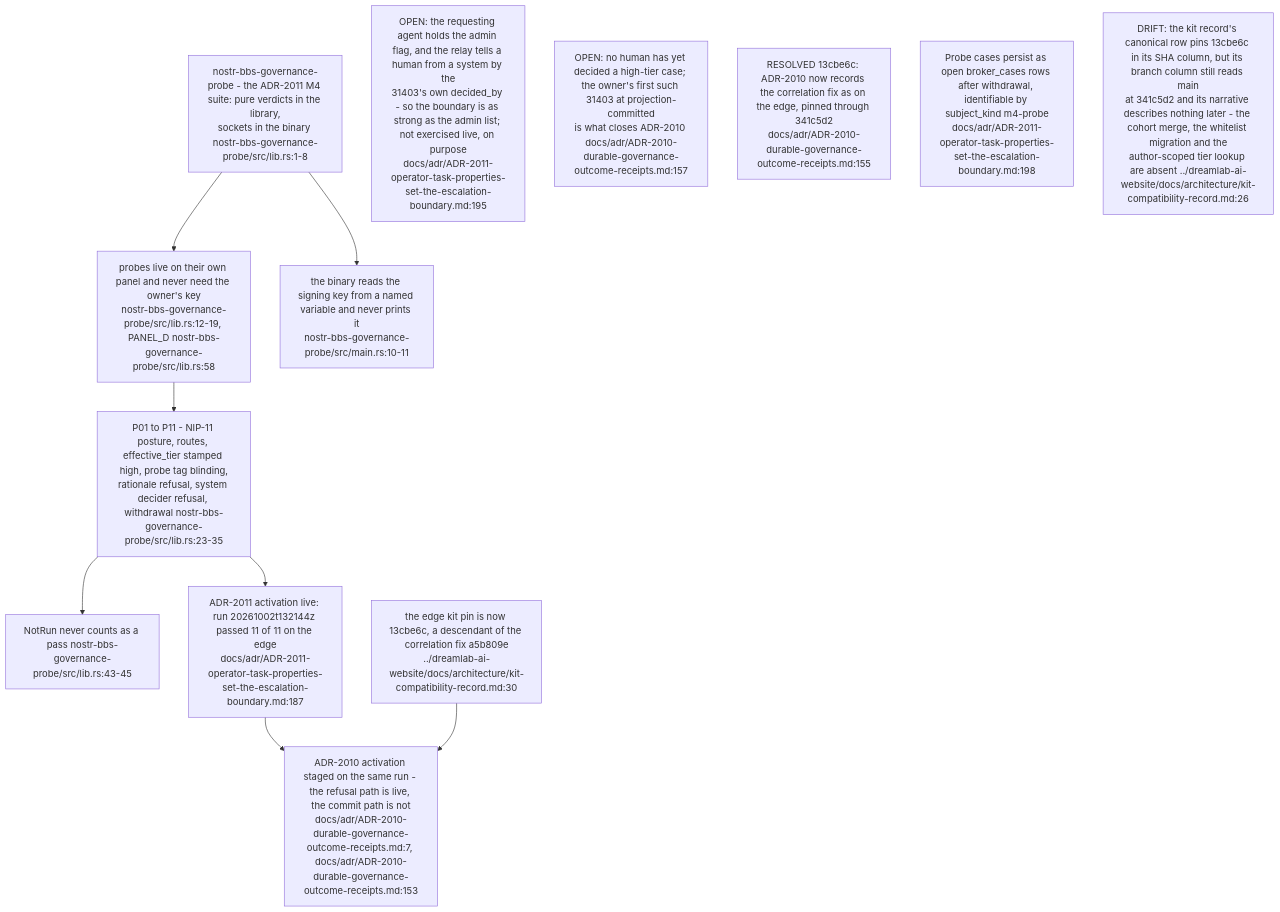
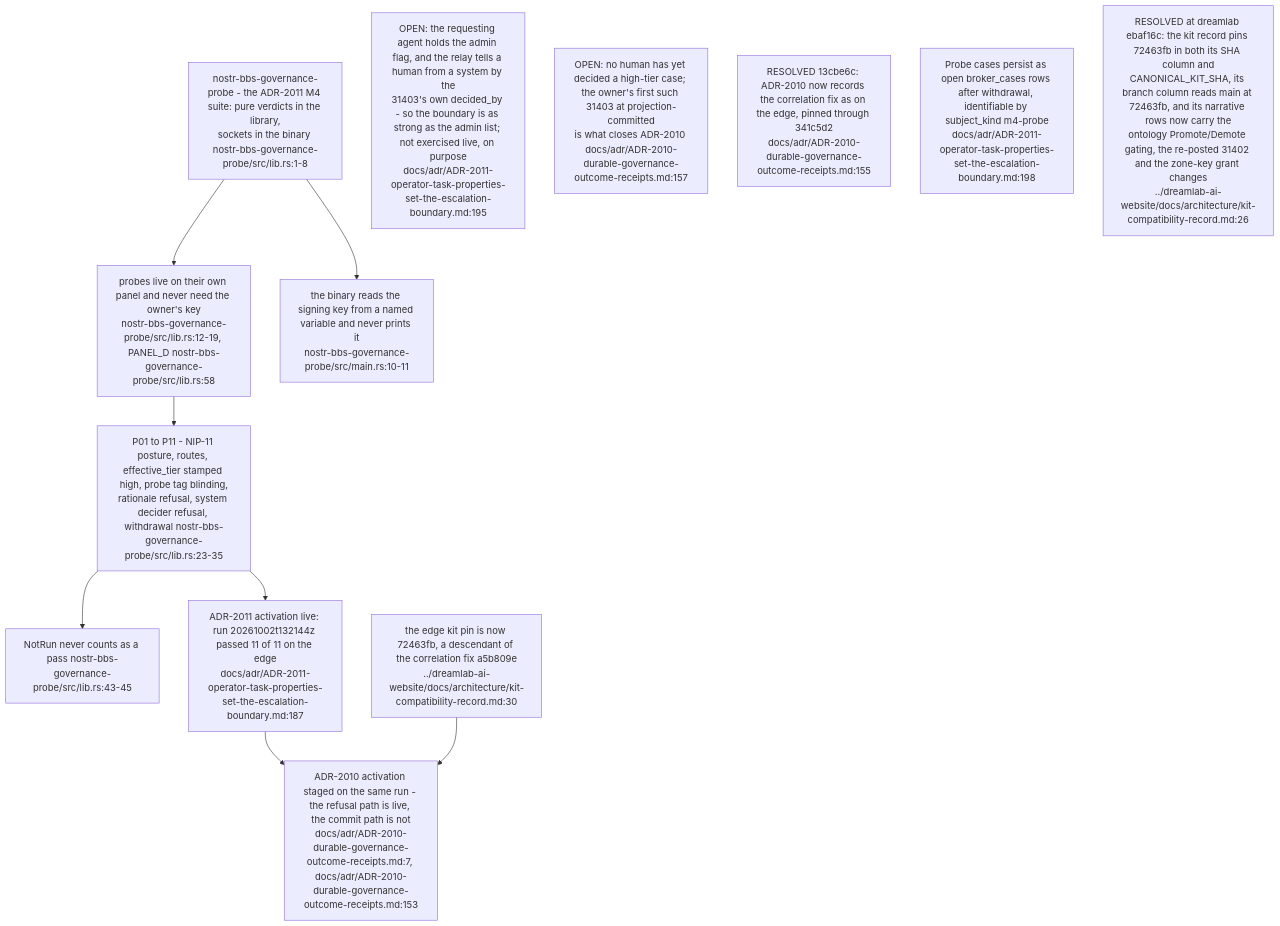
Diagram 16 of 16 in docs/diagrams/nostr-rust-forum/06-agent-control-surface-31400-31405.md (DreamLab-AI/VisionFlow), drawn with Mermaid before and after one commit. The commit also changed other lines of this file and 111 other files, not shown here.

Commit message:
docs(diagrams): align estate maps with current source

````diff
--- a/docs/diagrams/nostr-rust-forum/06-agent-control-surface-31400-31405.md
+++ b/docs/diagrams/nostr-rust-forum/06-agent-control-surface-31400-31405.md
@@ -436,22 +436,22 @@
 ```mermaid
 flowchart TB
     SUITE["nostr-bbs-governance-probe - the ADR-2011 M4 suite: pure verdicts in the library,<br/>sockets in the binary nostr-bbs-governance-probe/src/lib.rs:1-8"]
     OWN["probes live on their own panel and never need the owner's key<br/>nostr-bbs-governance-probe/src/lib.rs:12-19, PANEL_D nostr-bbs-governance-probe/src/lib.rs:58"]
     TABLE["P01 to P11 - NIP-11 posture, routes, effective_tier stamped high, probe tag blinding,<br/>rationale refusal, system decider refusal, withdrawal nostr-bbs-governance-probe/src/lib.rs:23-35"]
     NOTRUN["NotRun never counts as a pass nostr-bbs-governance-probe/src/lib.rs:43-45"]
     BIN["the binary reads the signing key from a named variable and never prints it<br/>nostr-bbs-governance-probe/src/main.rs:10-11"]
     LIVE["ADR-2011 activation live: run 20261002t132144z passed 11 of 11 on the edge<br/>docs/adr/ADR-2011-operator-task-properties-set-the-escalation-boundary.md:187"]
     REC["ADR-2010 activation staged on the same run - the refusal path is live, the commit path is not<br/>docs/adr/ADR-2010-durable-governance-outcome-receipts.md:7, docs/adr/ADR-2010-durable-governance-outcome-receipts.md:153"]
-    PIN["the edge kit pin is now 13cbe6c, a descendant of the correlation fix a5b809e<br/>../dreamlab-ai-website/docs/architecture/kit-compatibility-record.md:30"]
+    PIN["the edge kit pin is now 72463fb, a descendant of the correlation fix a5b809e<br/>../dreamlab-ai-website/docs/architecture/kit-compatibility-record.md:30"]
 
     SUITE --> OWN --> TABLE --> NOTRUN
     SUITE --> BIN
     TABLE --> LIVE --> REC
     PIN --> REC
 
     N1["OPEN: the requesting agent holds the admin flag, and the relay tells a human from a system by the<br/>31403's own decided_by - so the boundary is as strong as the admin list; not exercised live, on purpose<br/>docs/adr/ADR-2011-operator-task-properties-set-the-escalation-boundary.md:195"]
     N2["OPEN: no human has yet decided a high-tier case; the owner's first such 31403 at projection-committed<br/>is what closes ADR-2010 docs/adr/ADR-2010-durable-governance-outcome-receipts.md:157"]
     N3["RESOLVED 13cbe6c: ADR-2010 now records the correlation fix as on the edge, pinned through 341c5d2<br/>docs/adr/ADR-2010-durable-governance-outcome-receipts.md:155"]
     N4["Probe cases persist as open broker_cases rows after withdrawal, identifiable by subject_kind m4-probe<br/>docs/adr/ADR-2011-operator-task-properties-set-the-escalation-boundary.md:198"]
-    N5["DRIFT: the kit record's canonical row pins 13cbe6c in its SHA column, but its branch column still reads main<br/>at 341c5d2 and its narrative describes nothing later - the cohort merge, the whitelist migration and the<br/>author-scoped tier lookup are absent ../dreamlab-ai-website/docs/architecture/kit-compatibility-record.md:26"]
+    N5["RESOLVED at dreamlab ebaf16c: the kit record pins 72463fb in both its SHA column and<br/>CANONICAL_KIT_SHA, its branch column reads main at 72463fb, and its narrative rows now carry the<br/>ontology Promote/Demote gating, the re-posted 31402 and the zone-key grant changes<br/>../dreamlab-ai-website/docs/architecture/kit-compatibility-record.md:26"]
 ```
````
